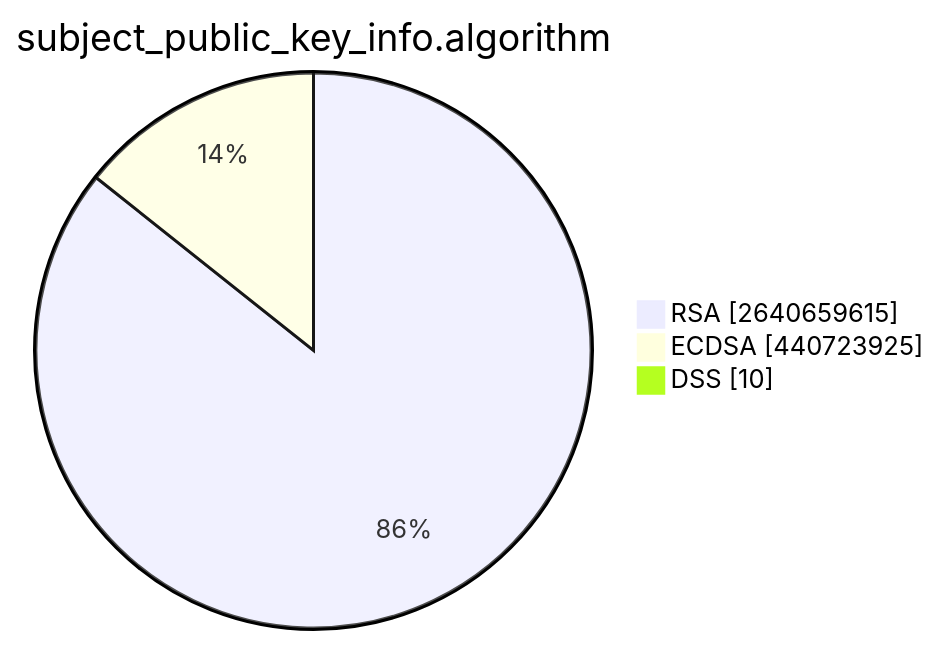
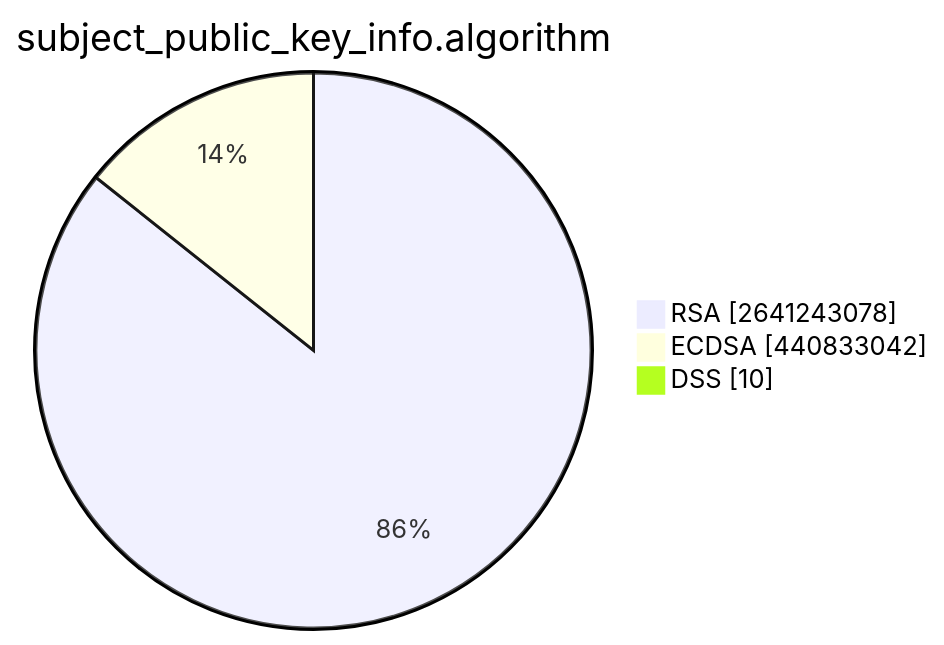
One commit to christiankrug/ctmonitor_visualization changed the second of 15 diagrams in TOTAL/README.md. Above: the diagram before and after it, drawn with Mermaid. The commit also changed other lines of this file, not shown here.

````diff
--- a/TOTAL/README.md
+++ b/TOTAL/README.md
@@ -6,7 +6,7 @@
 ```mermaid
 pie showData
 title subject_public_key_info.algorithm
-"RSA" :2640659615
-"ECDSA" :440723925
+"RSA" :2641243078
+"ECDSA" :440833042
 "DSS" :10
 ```
````
